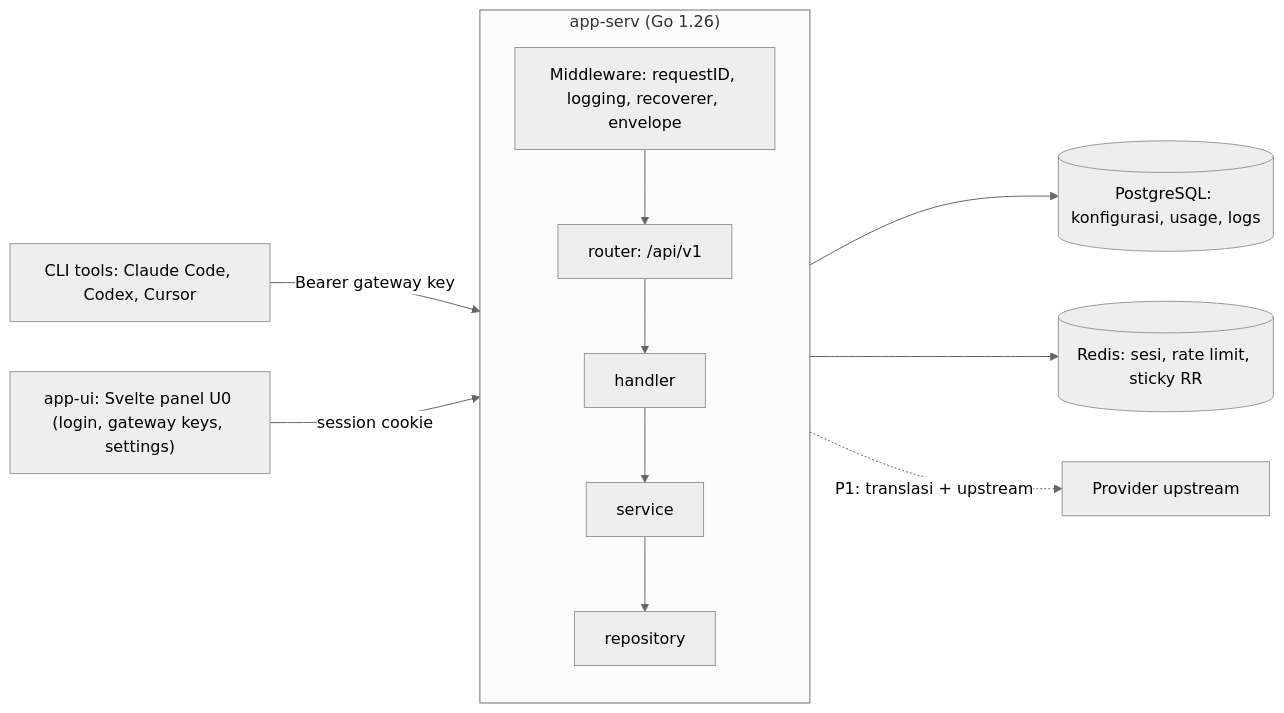
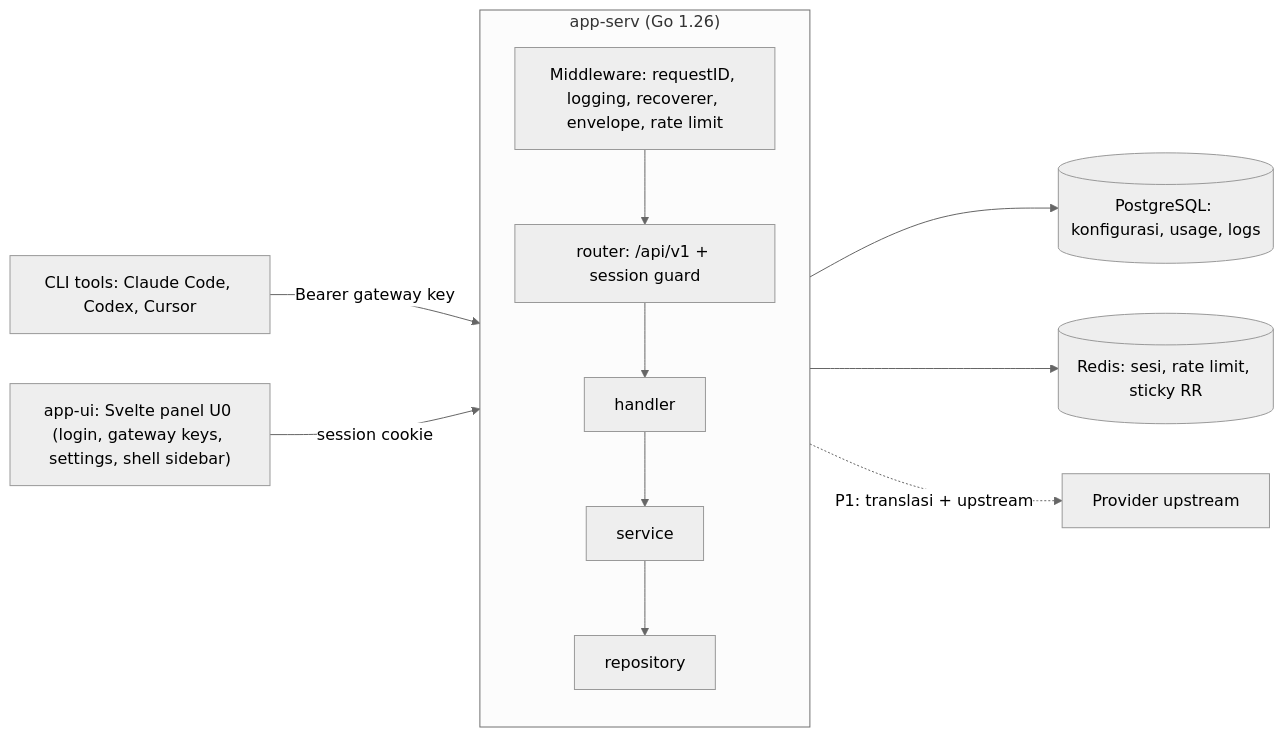
The first of 4 diagrams in SYSTEM_MAP.md (rusmanadodi2598/pannelAI), drawn with Mermaid (neutral theme) before and after one commit. The commit also changed other lines of this file and 91 other files, not shown here.

````diff
--- a/SYSTEM_MAP.md
+++ b/SYSTEM_MAP.md
@@ -18,25 +18,25 @@
 ```mermaid
 flowchart LR
     CLI["CLI tools: Claude Code, Codex, Cursor"]
-    UI["app-ui: Svelte panel U0 (login, gateway keys, settings)"]
+    UI["app-ui: Svelte panel U0 (login, gateway keys, settings, shell sidebar)"]
 
     subgraph serv["app-serv (Go 1.26)"]
         direction TB
-        MW["Middleware: requestID, logging, recoverer, envelope"]
-        RT["router: /api/v1"]
+        MW["Middleware: requestID, logging, recoverer, envelope, rate limit"]
+        RT["router: /api/v1 + session guard"]
         H["handler"]
         S["service"]
         R["repository"]
         MW --> RT --> H --> S --> R
     end
 
     PG[("PostgreSQL: konfigurasi, usage, logs")]
     RD[("Redis: sesi, rate limit, sticky RR")]
     UP["Provider upstream"]
 
     CLI -->|"Bearer gateway key"| MW
     UI -->|"session cookie"| MW
     R --> PG
     S --> RD
     S -.->|"P1: translasi + upstream"| UP
 ```
````
